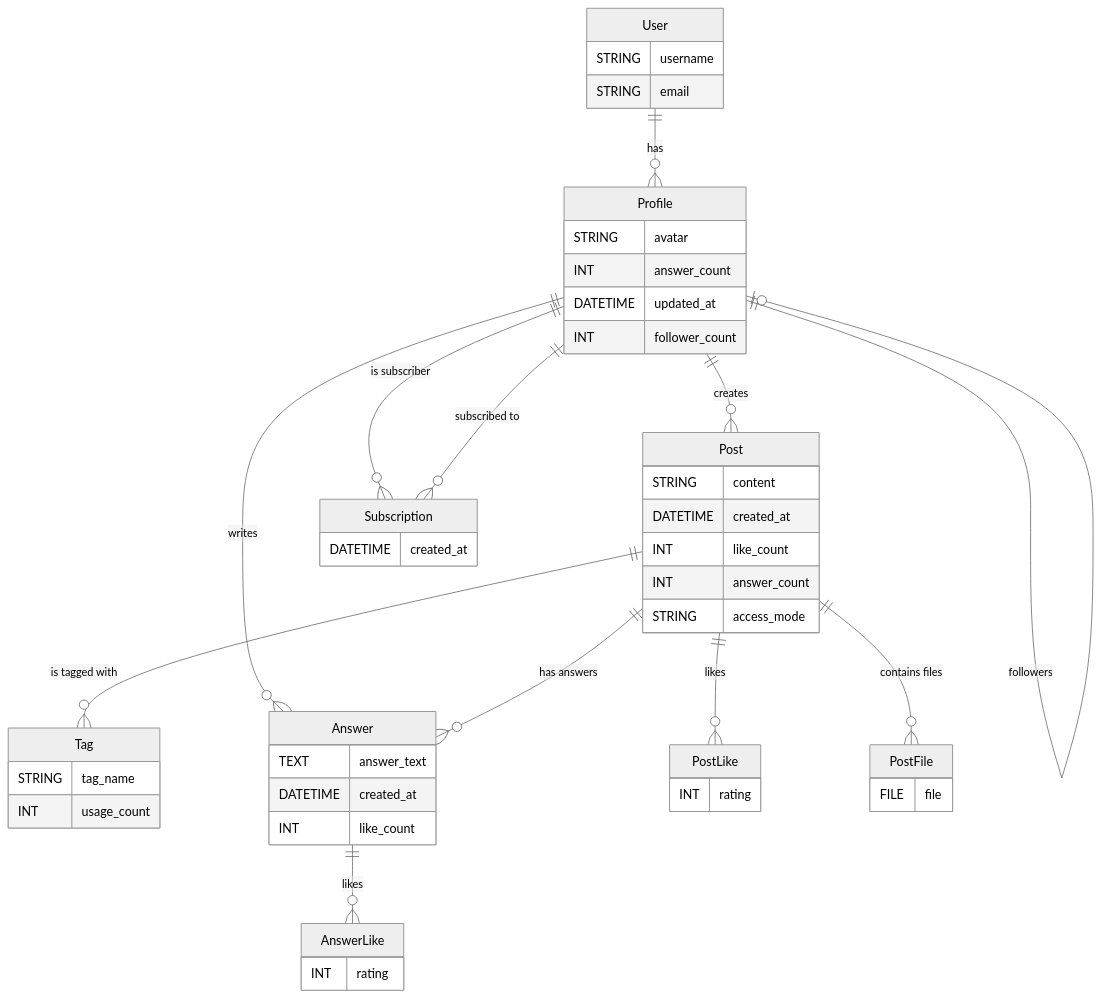
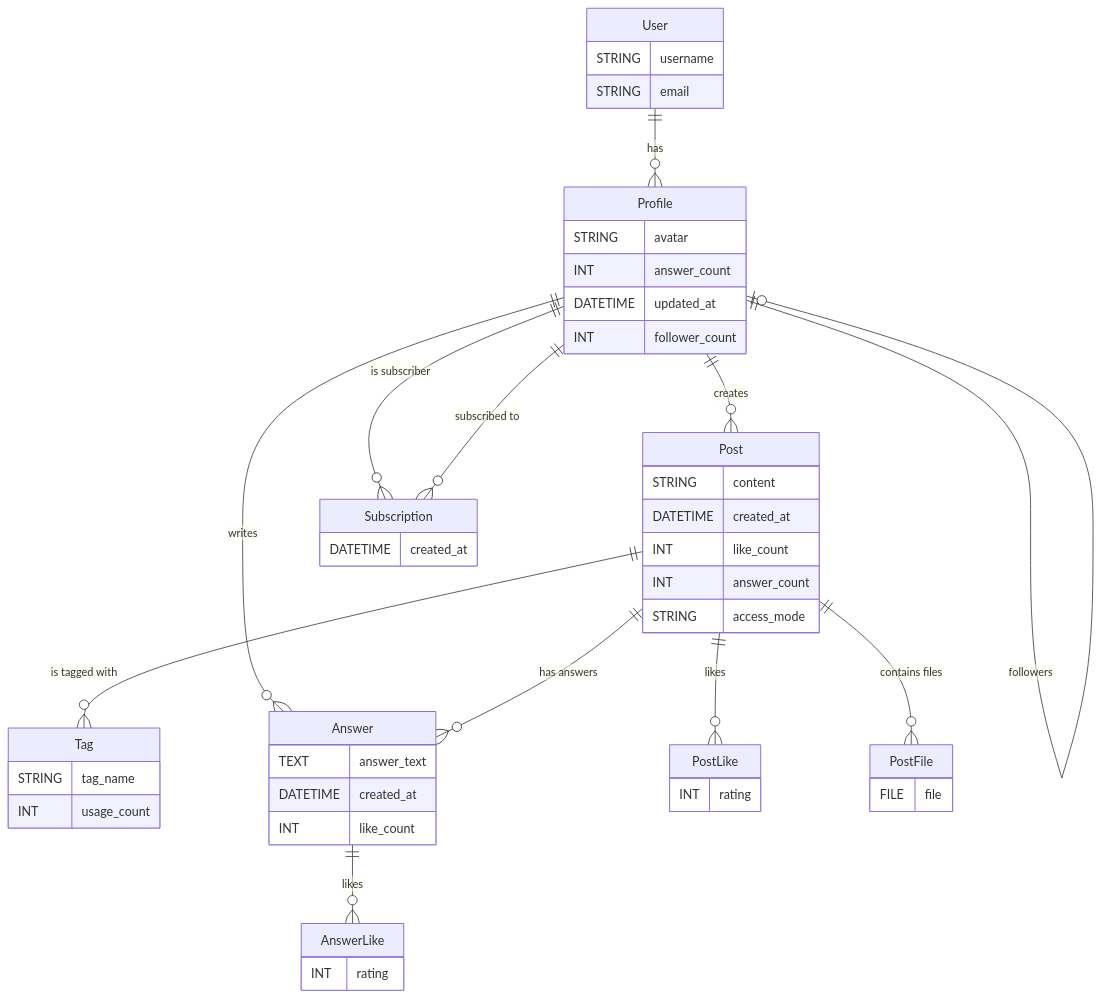
Before and after one commit to goriiin/5sem: the diagram in momentum/docs/README.md, drawn with Mermaid.

````diff
--- a/momentum/docs/README.md
+++ b/momentum/docs/README.md
@@ -6,66 +6,66 @@
 ```mermaid
-%%{ init: { 'theme': 'neutral' } }%%
+
 erDiagram
     %% Entity Definitions
     
     User {
         STRING username
         STRING email
     }
 
     Profile {
         STRING avatar
         INT answer_count
         DATETIME updated_at
         INT follower_count
     }
 
     Tag {
         STRING tag_name
         INT usage_count
     }
 
     Post {
         STRING content
         DATETIME created_at
         INT like_count
         INT answer_count
         STRING access_mode
     }
 
     Answer {
         TEXT answer_text
         DATETIME created_at
         INT like_count
     }
 
     PostLike {
         INT rating
     }
 
     AnswerLike {
         INT rating
     }
 
     Subscription {
         DATETIME created_at
     }
 
     PostFile {
         FILE file
     }
 
     %% Relationships
 
     User ||--o{ Profile : "has"
     Profile ||--o{ Post : "creates"
     Profile ||--o{ Answer : "writes"
     Profile ||--o| Profile : "followers"
     Post ||--o{ Answer : "has answers"
     Post ||--o{ PostLike : "likes"
     Answer ||--o{ AnswerLike : "likes"
     Post ||--o{ Tag : "is tagged with"
     Post ||--o{ PostFile : "contains files"
     Profile ||--o{ Subscription : "is subscriber"
     Profile ||--o{ Subscription : "subscribed to"
 ```
````
